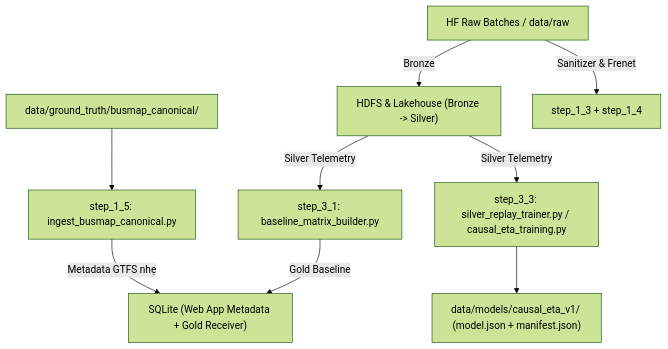
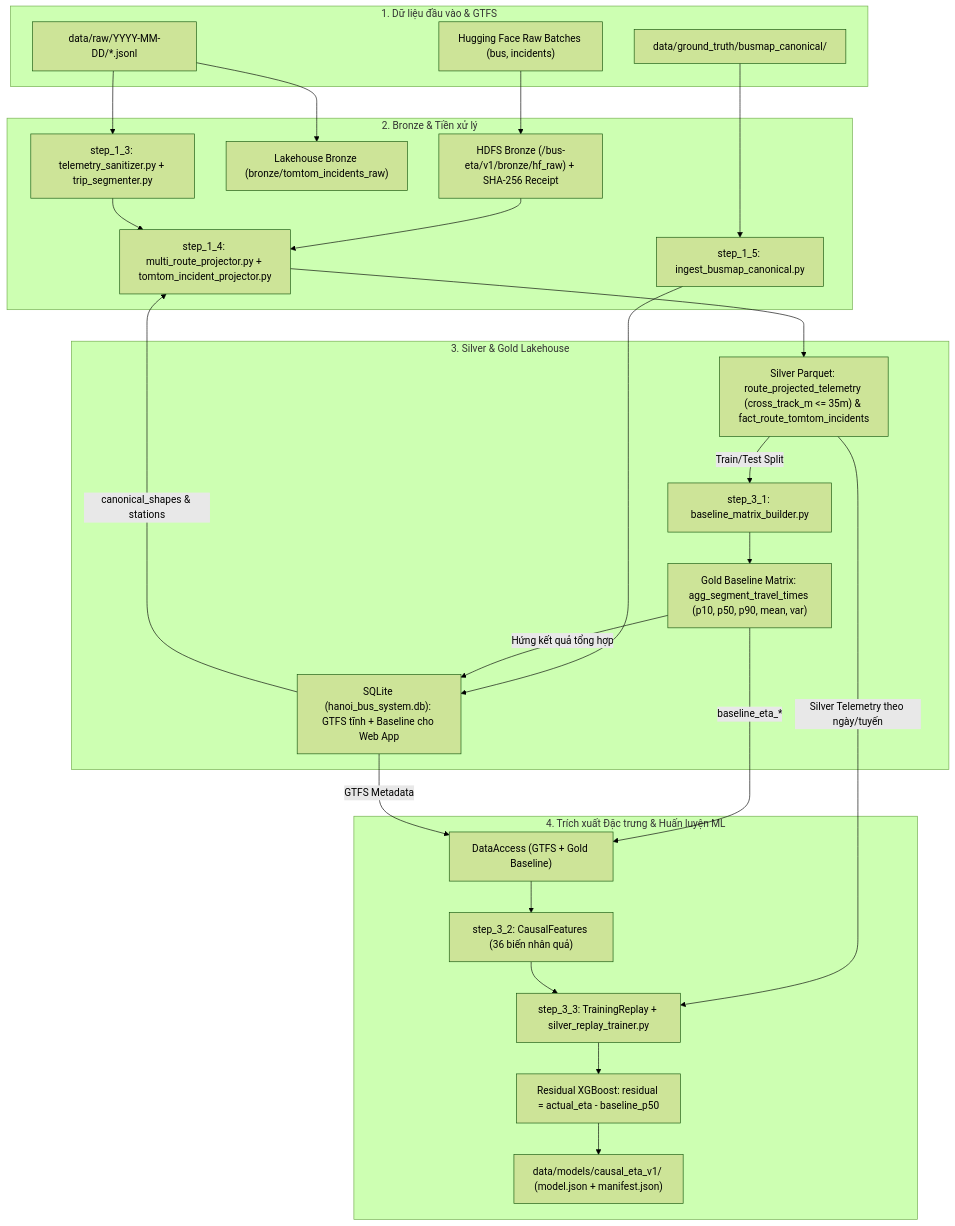
One commit to toibinguz/Bus_tracking changed the diagram in docs/BATCH_VIEW_PIPELINE.md. Above: the diagram before and after it, drawn with Mermaid (forest theme). The commit also changed 10 other files, not shown here.

Commit message:
docs: detail all vertical Mermaid diagrams and show Gold Baseline feeding ML training

````diff
--- a/docs/BATCH_VIEW_PIPELINE.md
+++ b/docs/BATCH_VIEW_PIPELINE.md
@@ -9,11 +9,45 @@
 ```mermaid
 flowchart TD
-    RAW["HF Raw Batches / data/raw"] -->|"Bronze"| HDFS["HDFS & Lakehouse (Bronze -> Silver)"]
-    GTFS["data/ground_truth/busmap_canonical/"] --> S15["step_1_5: ingest_busmap_canonical.py"]
-    S15 -->|"Metadata GTFS nhẹ"| DB["SQLite (Web App Metadata + Gold Receiver)"]
-    RAW -->|"Sanitizer & Frenet"| S13["step_1_3 + step_1_4"]
-    HDFS -->|"Silver Telemetry"| S31["step_3_1: baseline_matrix_builder.py"]
-    S31 -->|"Gold Baseline"| DB
-    HDFS -->|"Silver Telemetry"| S33["step_3_3: silver_replay_trainer.py / causal_eta_training.py"]
-    S33 --> MODEL["data/models/causal_eta_v1/ (model.json + manifest.json)"]
+    subgraph IN["1. Dữ liệu đầu vào & GTFS"]
+        HF["Hugging Face Raw Batches (bus, incidents)"]
+        RAW["data/raw/YYYY-MM-DD/*.jsonl"]
+        GTFS["data/ground_truth/busmap_canonical/"]
+    end
+
+    subgraph B["2. Bronze & Tiền xử lý"]
+        HBR["HDFS Bronze (/bus-eta/v1/bronze/hf_raw) + SHA-256 Receipt"]
+        LBR["Lakehouse Bronze (bronze/tomtom_incidents_raw)"]
+        S15["step_1_5: ingest_busmap_canonical.py"]
+        S13["step_1_3: telemetry_sanitizer.py + trip_segmenter.py"]
+        S14["step_1_4: multi_route_projector.py + tomtom_incident_projector.py"]
+    end
+
+    subgraph S["3. Silver & Gold Lakehouse"]
+        SIL["Silver Parquet: route_projected_telemetry (cross_track_m <= 35m) & fact_route_tomtom_incidents"]
+        S31["step_3_1: baseline_matrix_builder.py"]
+        GOLD["Gold Baseline Matrix: agg_segment_travel_times (p10, p50, p90, mean, var)"]
+        SQL["SQLite (hanoi_bus_system.db): GTFS tĩnh + Baseline cho Web App"]
+    end
+
+    subgraph ML["4. Trích xuất Đặc trưng & Huấn luyện ML"]
+        DA["DataAccess (GTFS + Gold Baseline)"]
+        CF["step_3_2: CausalFeatures (36 biến nhân quả)"]
+        REP["step_3_3: TrainingReplay + silver_replay_trainer.py"]
+        XGB["Residual XGBoost: residual = actual_eta - baseline_p50"]
+        ART["data/models/causal_eta_v1/ (model.json + manifest.json)"]
+    end
+
+    HF --> HBR --> S14
+    RAW --> LBR
+    RAW --> S13 --> S14
+    GTFS --> S15 --> SQL
+    SQL -->|"canonical_shapes & stations"| S14
+    S14 --> SIL
+    SIL -->|"Train/Test Split"| S31 --> GOLD
+    GOLD -->|"Hứng kết quả tổng hợp"| SQL
+    GOLD -->|"baseline_eta_*"| DA
+    SQL -->|"GTFS Metadata"| DA
+    DA --> CF
+    SIL -->|"Silver Telemetry theo ngày/tuyến"| REP
+    CF --> REP --> XGB --> ART
 ```
````
